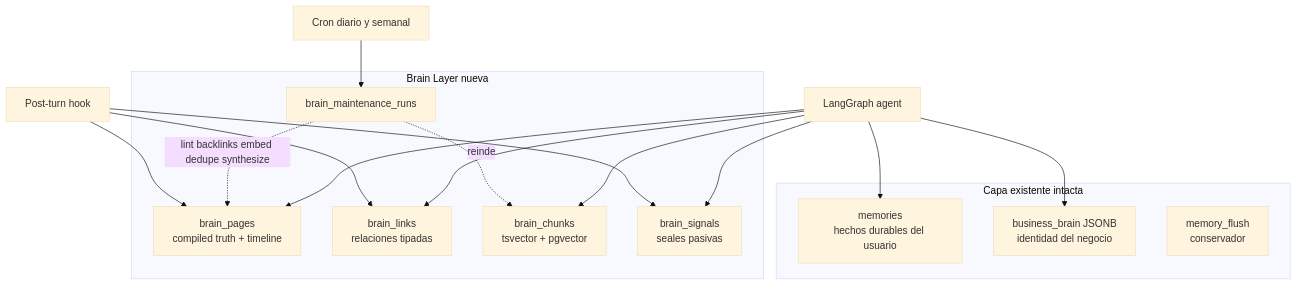
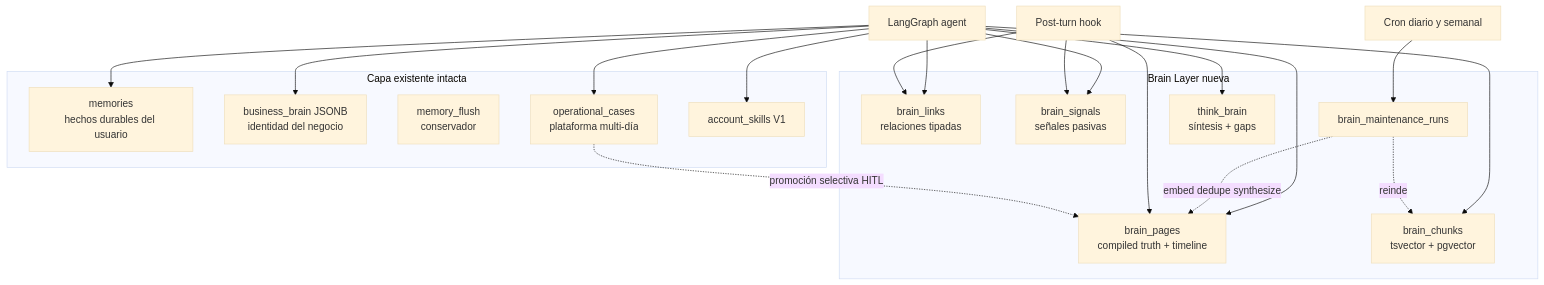
One commit to janotowers/10x-builders-agent changed the fourth of 7 diagrams in docs/brain/gbrain-evaluation-and-plan.md. Above: the diagram before and after it, drawn with Mermaid (base theme). The commit also changed other lines of this file and 4 other files, not shown here.

````diff
--- a/docs/brain/gbrain-evaluation-and-plan.md
+++ b/docs/brain/gbrain-evaluation-and-plan.md
@@ -665,32 +1029,39 @@
 ```mermaid
 flowchart TB
   subgraph existing [Capa existente intacta]
     mem[memories\nhechos durables del usuario]
     bb[business_brain JSONB\nidentidad del negocio]
     flush[memory_flush\nconservador]
+    oc[operational_cases\nplataforma multi-día]
+    ask[account_skills V1]
   end
 
   subgraph new [Brain Layer nueva]
     pages[brain_pages\ncompiled truth + timeline]
     links[brain_links\nrelaciones tipadas]
     chunks[brain_chunks\ntsvector + pgvector]
-    sigs[brain_signals\nseales pasivas]
+    sigs[brain_signals\nseñales pasivas]
     runs[brain_maintenance_runs]
+    think[think_brain\nsíntesis + gaps]
   end
 
   agent[LangGraph agent]
   agent --> mem
   agent --> bb
+  agent --> oc
+  agent --> ask
   agent --> pages
   agent --> links
   agent --> chunks
   agent --> sigs
+  agent --> think
 
   cron[Cron diario y semanal] --> runs
-  runs -.lint backlinks embed dedupe synthesize.-> pages
+  runs -.embed dedupe synthesize.-> pages
   runs -.reindex.-> chunks
 
   turn[Post-turn hook] --> sigs
   turn --> pages
   turn --> links
+  oc -.promoción selectiva HITL.-> pages
 ```
````
